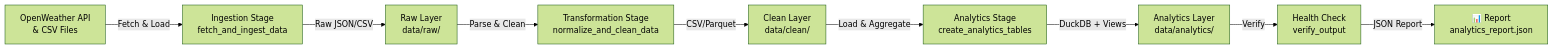
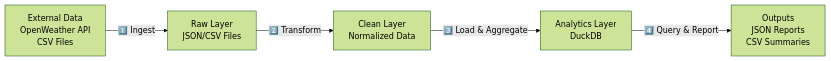
Before and after one commit to GRamos199/data-lakehouse-simulation: the second of 2 diagrams in README.md, drawn with Mermaid (forest theme). The commit also changed other lines of this file and 23 other files, not shown here.

````diff
--- a/README.md
+++ b/README.md
@@ -50,12 +80,8 @@
 ```mermaid
 graph LR
-    A["OpenWeather API<br/>& CSV Files"] -->|Fetch & Load| B["Ingestion Stage<br/>fetch_and_ingest_data"]
-    B -->|Raw JSON/CSV| C["Raw Layer<br/>data/raw/"]
-    C -->|Parse & Clean| D["Transformation Stage<br/>normalize_and_clean_data"]
-    D -->|CSV/Parquet| E["Clean Layer<br/>data/clean/"]
-    E -->|Load & Aggregate| F["Analytics Stage<br/>create_analytics_tables"]
-    F -->|DuckDB + Views| G["Analytics Layer<br/>data/analytics/"]
-    G -->|Verify| H["Health Check<br/>verify_output"]
-    H -->|JSON Report| I["📊 Report<br/>analytics_report.json"]
+    A["External Data<br/>OpenWeather API<br/>CSV Files"] -->|1️⃣ Ingest| B["Raw Layer<br/>JSON/CSV Files"]
+    B -->|2️⃣ Transform| C["Clean Layer<br/>Normalized Data"]
+    C -->|3️⃣ Load & Aggregate| D["Analytics Layer<br/>DuckDB"]
+    D -->|4️⃣ Query & Report| E["Outputs<br/>JSON Reports<br/>CSV Summaries"]
     
 ```
````
